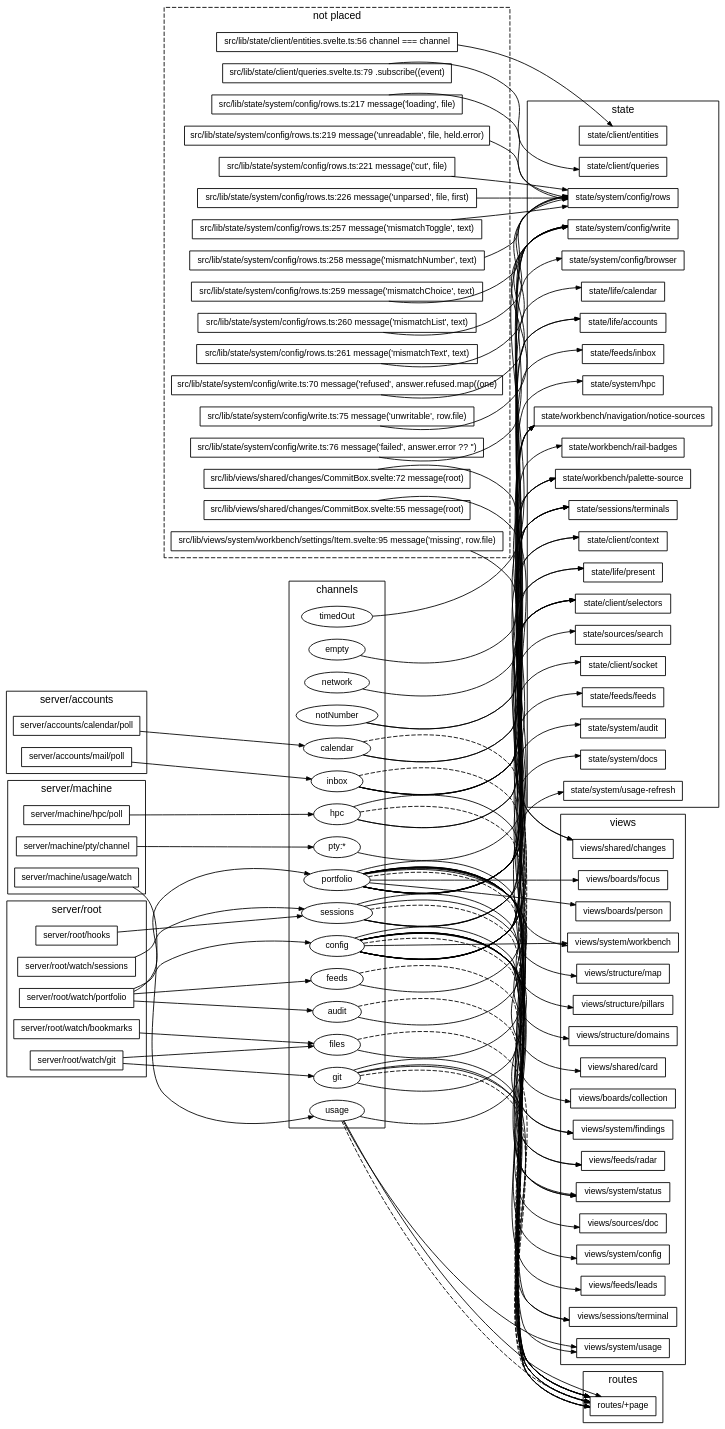
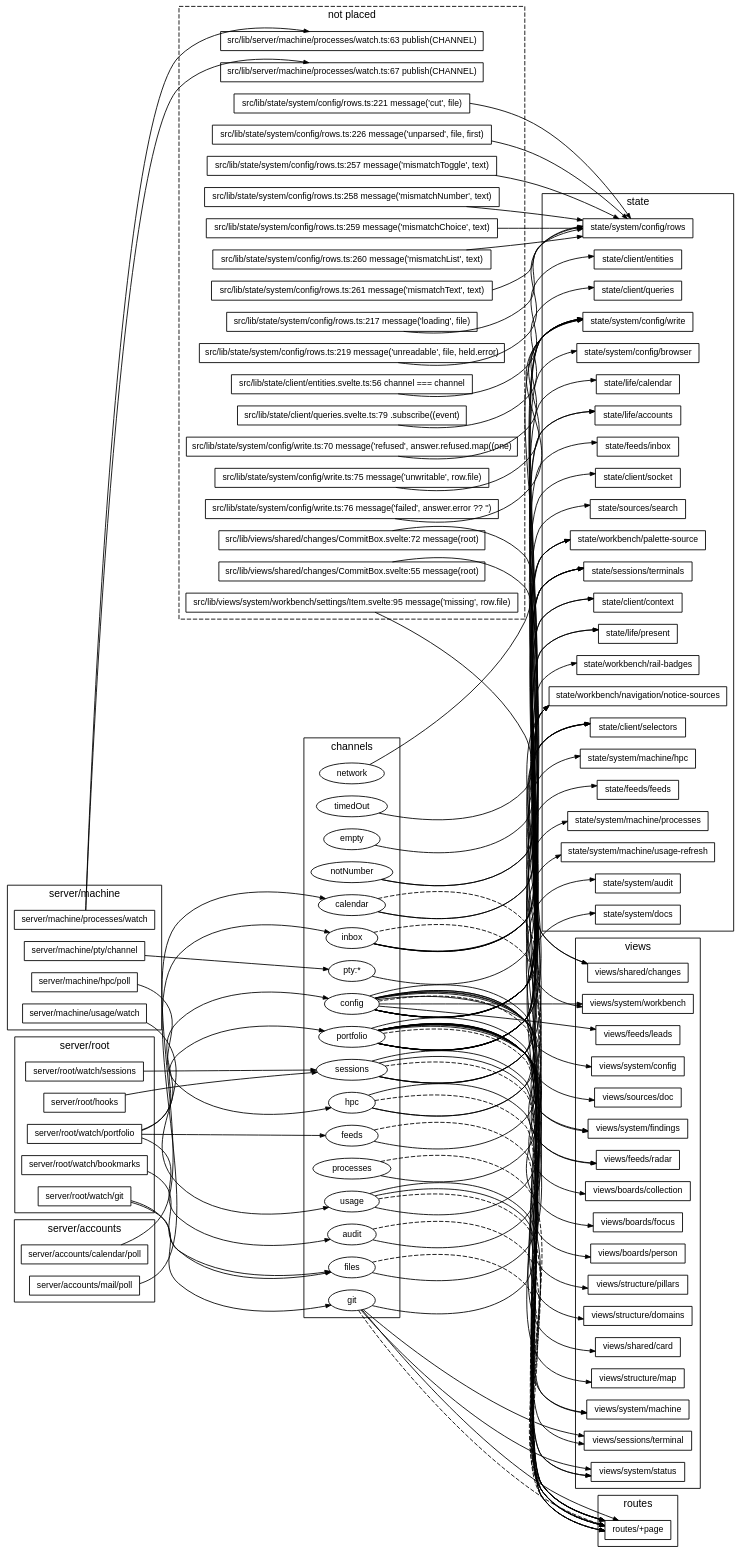
Before and after one commit to TheAxeC/oculus: the diagram in docs/diagrams/channels.dot, drawn with Graphviz. The commit also changed 118 other files, not shown here.

```diff
--- a/docs/diagrams/channels.dot
+++ b/docs/diagrams/channels.dot
@@ -10,6 +10,7 @@
     subgraph "cluster_publish server/machine" {
         label="server/machine"; style=solid;
         "server/machine/hpc/poll";
+        "server/machine/processes/watch";
         "server/machine/pty/channel";
         "server/machine/usage/watch";
     }
@@ -35,6 +36,7 @@
         "ch network" [label="network", shape=ellipse];
         "ch notNumber" [label="notNumber", shape=ellipse];
         "ch portfolio" [label="portfolio", shape=ellipse];
+        "ch processes" [label="processes", shape=ellipse];
         "ch pty:*" [label="pty:*", shape=ellipse];
         "ch sessions" [label="sessions", shape=ellipse];
         "ch timedOut" [label="timedOut", shape=ellipse];
@@ -42,6 +44,8 @@
     }
     subgraph "cluster_lost" {
         label="not placed"; style=dashed;
+        "? src/lib/server/machine/processes/watch.ts:63" [label="src/lib/server/machine/processes/watch.ts:63 publish(CHANNEL)"];
+        "? src/lib/server/machine/processes/watch.ts:67" [label="src/lib/server/machine/processes/watch.ts:67 publish(CHANNEL)"];
         "? src/lib/state/client/entities.svelte.ts:56" [label="src/lib/state/client/entities.svelte.ts:56 channel === channel"];
         "? src/lib/state/client/queries.svelte.ts:79" [label="src/lib/state/client/queries.svelte.ts:79 .subscribe((event)"];
         "? src/lib/state/system/config/rows.ts:217" [label="src/lib/state/system/config/rows.ts:217 message('loading', file)"];
@@ -79,8 +83,9 @@
         "state/system/config/rows";
         "state/system/config/write";
         "state/system/docs";
-        "state/system/hpc";
-        "state/system/usage-refresh";
+        "state/system/machine/hpc";
+        "state/system/machine/processes";
+        "state/system/machine/usage-refresh";
         "state/workbench/navigation/notice-sources";
         "state/workbench/palette-source";
         "state/workbench/rail-badges";
@@ -101,8 +106,8 @@
         "views/structure/pillars";
         "views/system/config";
         "views/system/findings";
+        "views/system/machine";
         "views/system/status";
-        "views/system/usage";
         "views/system/workbench";
     }
     subgraph "cluster_read routes" {
@@ -146,7 +151,7 @@
     "ch config" -> "views/sources/doc";
     "ch config" -> "views/system/config";
     "ch config" -> "views/system/findings";
-    "ch config" -> "views/system/usage";
+    "ch config" -> "views/system/machine";
     "ch config" -> "views/system/workbench";
     "ch empty" -> "state/system/config/write";
     "ch feeds" -> "routes/+page" [style=dashed];
@@ -160,7 +165,7 @@
     "ch git" -> "views/system/status";
     "ch hpc" -> "routes/+page" [style=dashed];
     "ch hpc" -> "routes/+page";
-    "ch hpc" -> "state/system/hpc";
+    "ch hpc" -> "state/system/machine/hpc";
     "ch hpc" -> "state/workbench/navigation/notice-sources";
     "ch inbox" -> "routes/+page" [style=dashed];
     "ch inbox" -> "state/feeds/inbox";
@@ -189,6 +194,8 @@
     "ch portfolio" -> "views/structure/pillars";
     "ch portfolio" -> "views/system/findings";
     "ch portfolio" -> "views/system/status";
+    "ch processes" -> "routes/+page" [style=dashed];
+    "ch processes" -> "state/system/machine/processes";
     "ch pty:*" -> "state/sessions/terminals";
     "ch sessions" -> "routes/+page" [style=dashed];
     "ch sessions" -> "routes/+page";
@@ -199,11 +206,13 @@
     "ch timedOut" -> "state/system/config/write";
     "ch usage" -> "routes/+page" [style=dashed];
     "ch usage" -> "routes/+page";
-    "ch usage" -> "state/system/usage-refresh";
-    "ch usage" -> "views/system/usage";
+    "ch usage" -> "state/system/machine/usage-refresh";
+    "ch usage" -> "views/system/machine";
     "server/accounts/calendar/poll" -> "ch calendar";
     "server/accounts/mail/poll" -> "ch inbox";
     "server/machine/hpc/poll" -> "ch hpc";
+    "server/machine/processes/watch" -> "? src/lib/server/machine/processes/watch.ts:63";
+    "server/machine/processes/watch" -> "? src/lib/server/machine/processes/watch.ts:67";
     "server/machine/pty/channel" -> "ch pty:*";
     "server/machine/usage/watch" -> "ch usage";
     "server/root/hooks" -> "ch sessions";
```
